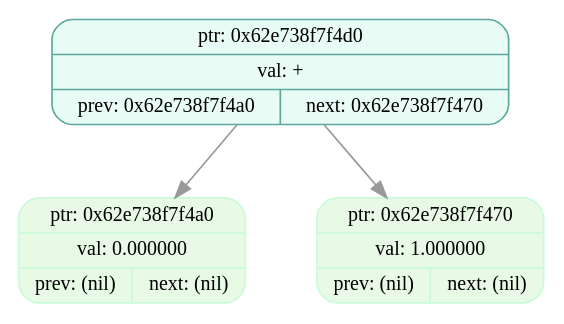
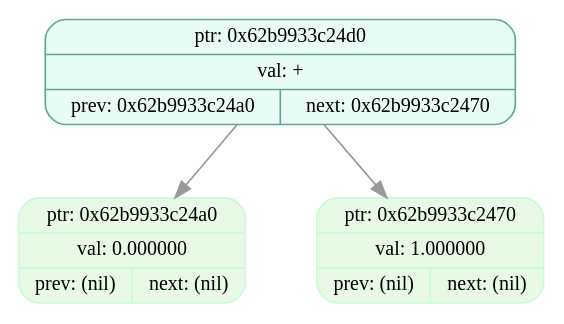
The diagram in dumps/tree_dump_004.dot (EvilTomato9890/Difference), drawn with Graphviz before and after one commit. The commit also changed 42 other files, not shown here.

```diff
--- a/dumps/tree_dump_004.dot
+++ b/dumps/tree_dump_004.dot
@@ -1,9 +1,9 @@
 digraph T{
   node [fontname="Fira Mono",shape=record,style="filled,rounded",fontsize=12];
   graph [splines=true, nodesep=0.6, ranksep=0.6];
-  node_0x62e738f7f4d0[shape=record,label="{ {ptr: 0x62e738f7f4d0} | {val: +} | { prev: 0x62e738f7f4a0 | next: 0x62e738f7f470 } }",color="#5aa99b",fillcolor="#e9fbf5"];
-  node_0x62e738f7f4a0[shape=record,label="{ {ptr: 0x62e738f7f4a0} | {val: 0.000000} | { prev: (nil) | next: (nil) } }",color="#c9fbdbff",fillcolor="#e8f9e5ff"];
-  node_0x62e738f7f470[shape=record,label="{ {ptr: 0x62e738f7f470} | {val: 1.000000} | { prev: (nil) | next: (nil) } }",color="#c9fbdbff",fillcolor="#e8f9e5ff"];
-  node_0x62e738f7f4d0 -> node_0x62e738f7f4a0 [color="#999999"];
-  node_0x62e738f7f4d0 -> node_0x62e738f7f470 [color="#999999"];
+  node_0x62b9933c24d0[shape=record,label="{ {ptr: 0x62b9933c24d0} | {val: +} | { prev: 0x62b9933c24a0 | next: 0x62b9933c2470 } }",color="#5aa99b",fillcolor="#e9fbf5"];
+  node_0x62b9933c24a0[shape=record,label="{ {ptr: 0x62b9933c24a0} | {val: 0.000000} | { prev: (nil) | next: (nil) } }",color="#c9fbdbff",fillcolor="#e8f9e5ff"];
+  node_0x62b9933c2470[shape=record,label="{ {ptr: 0x62b9933c2470} | {val: 1.000000} | { prev: (nil) | next: (nil) } }",color="#c9fbdbff",fillcolor="#e8f9e5ff"];
+  node_0x62b9933c24d0 -> node_0x62b9933c24a0 [color="#999999"];
+  node_0x62b9933c24d0 -> node_0x62b9933c2470 [color="#999999"];
 }
```
